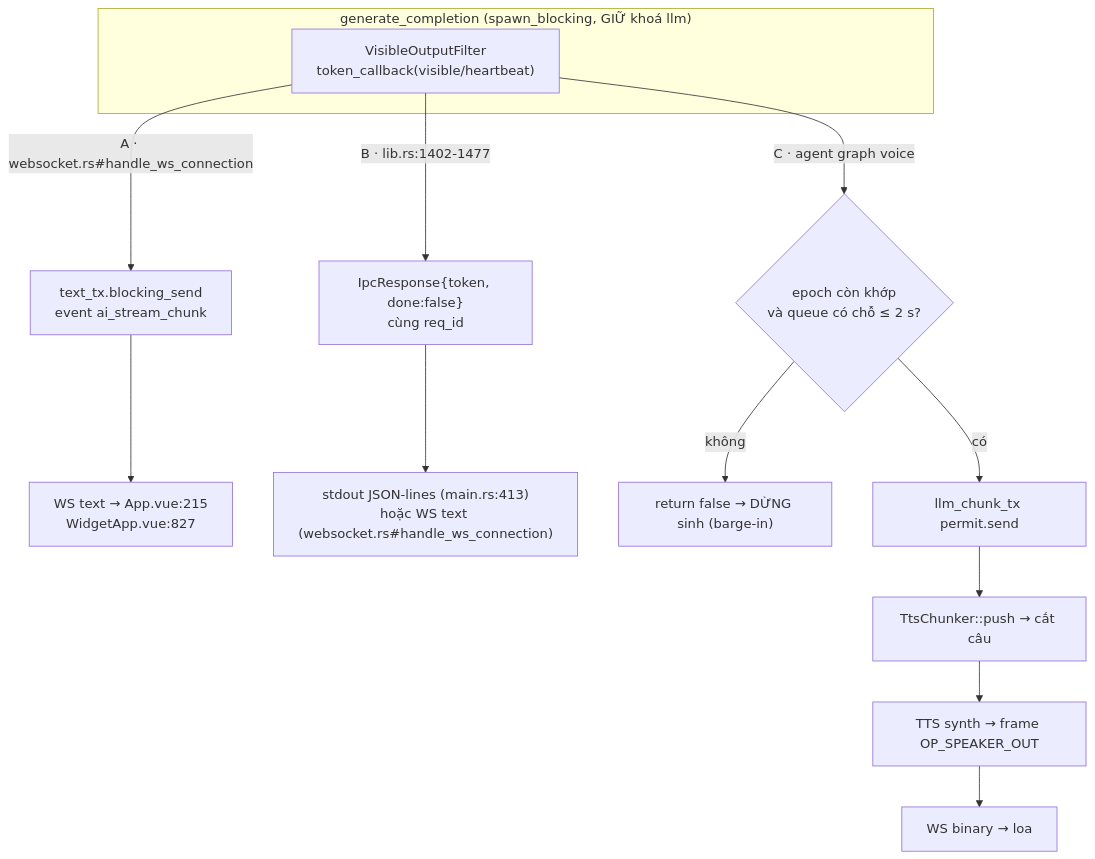
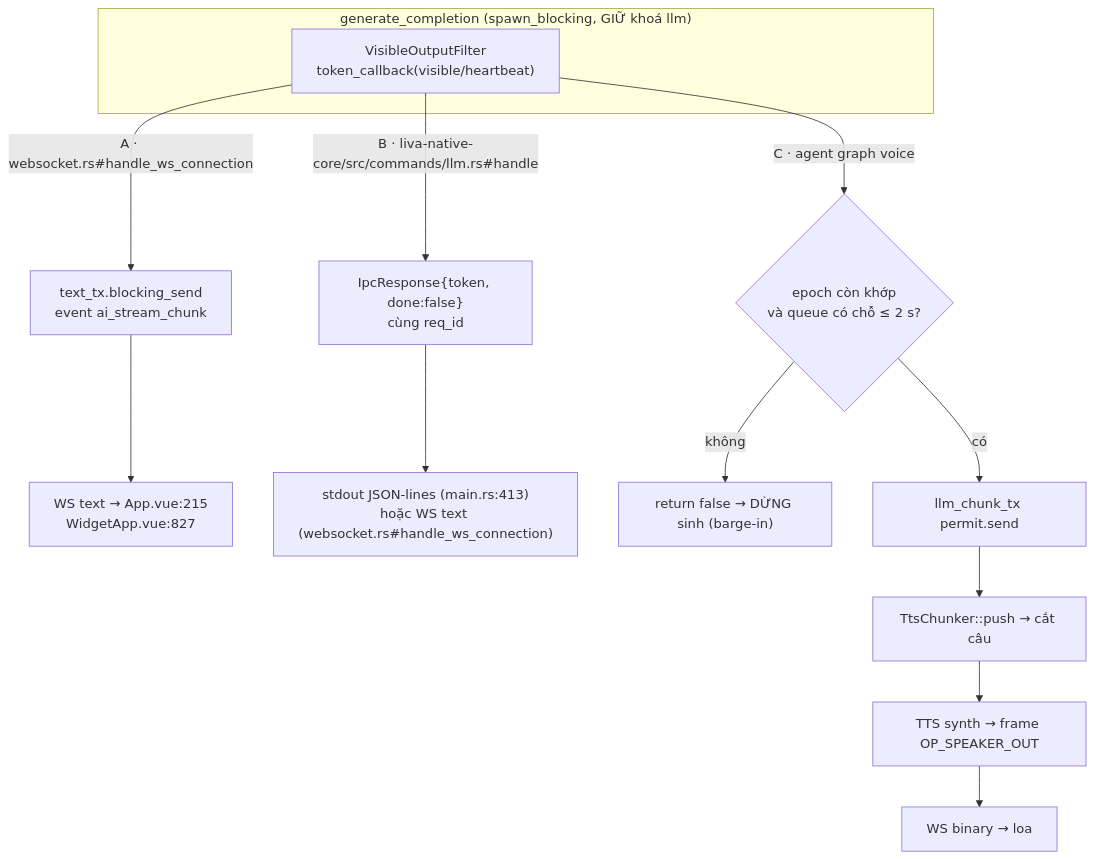
Before and after one commit to DuongNAD/LIVA: the fifth of 5 diagrams in docs/01-ban-ve/04-he-llm-va-prompt.md, drawn with Mermaid. The commit also changed other lines of this file and 18 other files, not shown here.

````diff
--- a/docs/01-ban-ve/04-he-llm-va-prompt.md
+++ b/docs/01-ban-ve/04-he-llm-va-prompt.md
@@ -935,19 +935,19 @@
 ```mermaid
 flowchart TD
     subgraph GEN["generate_completion (spawn_blocking, GIỮ khoá llm)"]
         G["VisibleOutputFilter<br/>token_callback(visible/heartbeat)"]
     end
 
     G -->|"A · websocket.rs#handle_ws_connection"| A1["text_tx.blocking_send<br/>event ai_stream_chunk"]
     A1 --> A2["WS text → App.vue:215<br/>WidgetApp.vue:827"]
 
-    G -->|"B · lib.rs:1402-1477"| B1["IpcResponse{token, done:false}<br/>cùng req_id"]
+    G -->|"B · liva-native-core/src/commands/llm.rs#handle"| B1["IpcResponse{token, done:false}<br/>cùng req_id"]
     B1 --> B2["stdout JSON-lines (main.rs:413)<br/>hoặc WS text (websocket.rs#handle_ws_connection)"]
 
     G -->|"C · agent graph voice"| C0{"epoch còn khớp<br/>và queue có chỗ ≤ 2 s?"}
     C0 -- không --> C1["return false → DỪNG sinh (barge-in)"]
     C0 -- có --> C2["llm_chunk_tx permit.send"]
     C2 --> C3["TtsChunker::push → cắt câu"]
     C3 --> C4["TTS synth → frame OP_SPEAKER_OUT"]
     C4 --> C5["WS binary → loa"]
 ```
````
